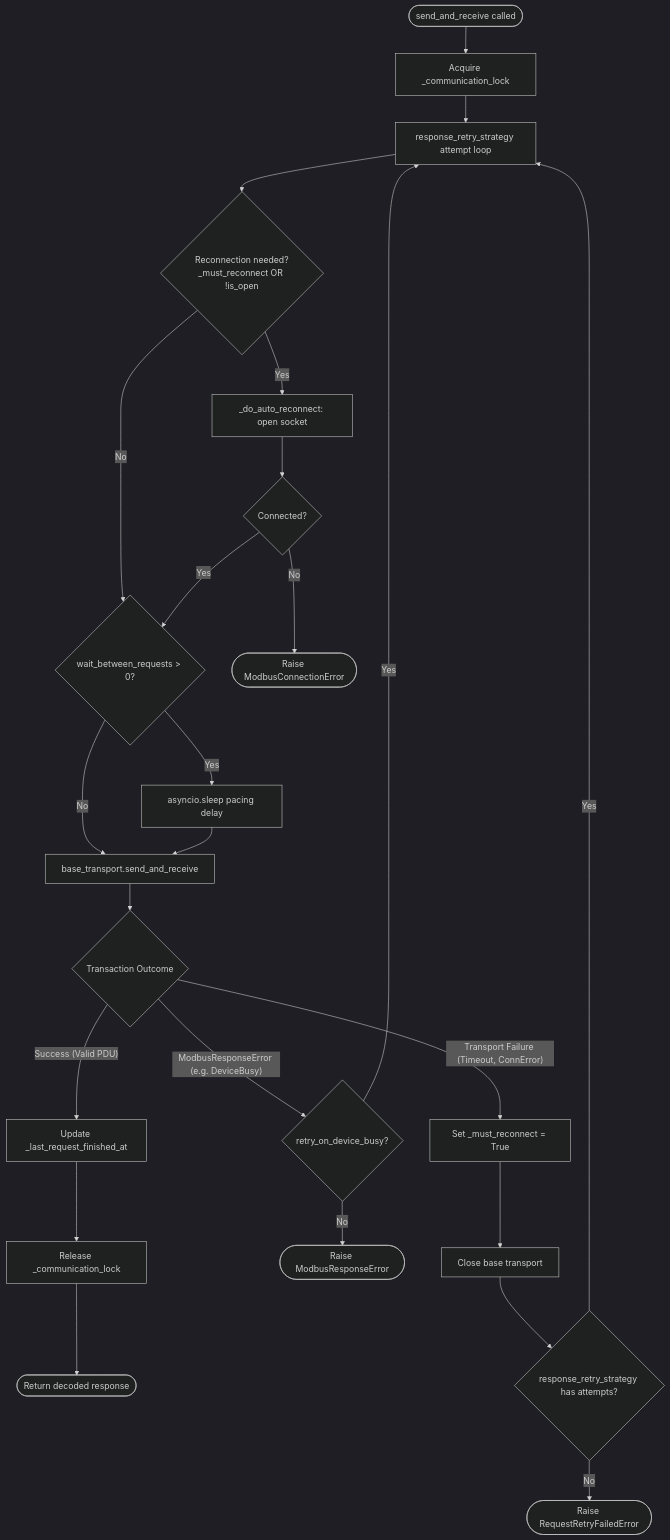
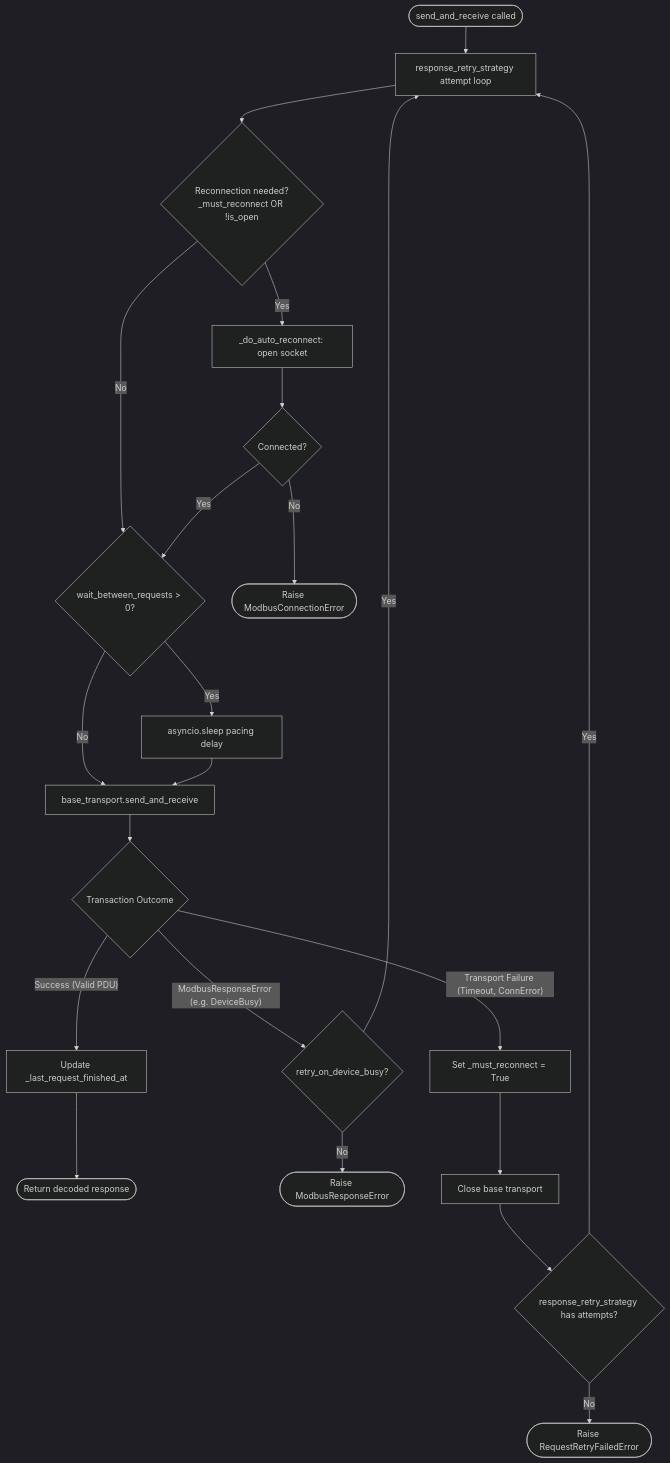
One commit to wlcrs/tmodbus changed the diagram in docs/source/smart.rst. Above: the diagram before and after it, drawn with Mermaid (dark theme).

Commit message:
Remove lock from mermaid diagram for simplicity

```diff
--- a/docs/source/smart.rst
+++ b/docs/source/smart.rst
@@ -161,34 +161,32 @@
 .. mermaid::
 
     flowchart TD
-        Start([send_and_receive called]) --> Lock[Acquire _communication_lock]
-        Lock --> OuterLoop[response_retry_strategy attempt loop]
+        Start([send_and_receive called]) --> OuterLoop[response_retry_strategy attempt loop]
 
         OuterLoop --> CheckNeedReconnect{Reconnection needed?<br/>_must_reconnect OR !is_open}
 
         CheckNeedReconnect -- Yes --> DoReconnect[_do_auto_reconnect: open socket]
         CheckNeedReconnect -- No --> CheckPacing{wait_between_requests > 0?}
 
         DoReconnect --> ReconnectSuccess{Connected?}
         ReconnectSuccess -- No --> RaiseConnError([Raise ModbusConnectionError])
         ReconnectSuccess -- Yes --> CheckPacing
 
         CheckPacing -- Yes --> SleepPacing[asyncio.sleep pacing delay]
         CheckPacing -- No --> SendPDU[base_transport.send_and_receive]
         SleepPacing --> SendPDU
 
         SendPDU --> ResultType{Transaction Outcome}
 
         ResultType -- "Success (Valid PDU)" --> UpdatePacing[Update _last_request_finished_at]
-        UpdatePacing --> ReleaseLock[Release _communication_lock]
-        ReleaseLock --> ReturnResponse([Return decoded response])
+        UpdatePacing --> ReturnResponse([Return decoded response])
 
         ResultType -- "ModbusResponseError (e.g. DeviceBusy)" --> CheckBusyRetry{retry_on_device_busy?}
         CheckBusyRetry -- Yes --> OuterLoop
         CheckBusyRetry -- No --> RaiseAppError([Raise ModbusResponseError])
 
         ResultType -- "Transport Failure (Timeout, ConnError)" --> HandleFail[Set _must_reconnect = True]
         HandleFail --> CloseSocket[Close base transport]
         CloseSocket --> CheckRetry{response_retry_strategy has attempts?}
         CheckRetry -- Yes --> OuterLoop
         CheckRetry -- No --> RaiseRetryFailed([Raise RequestRetryFailedError])
```
